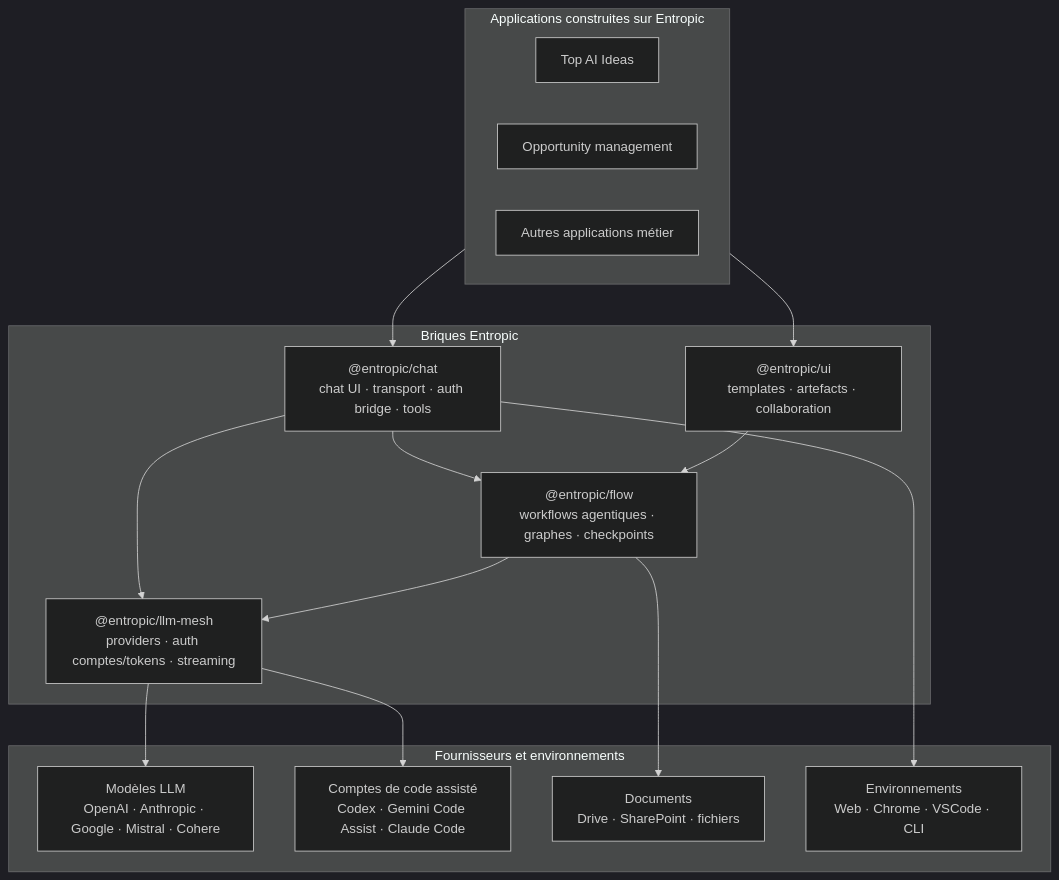
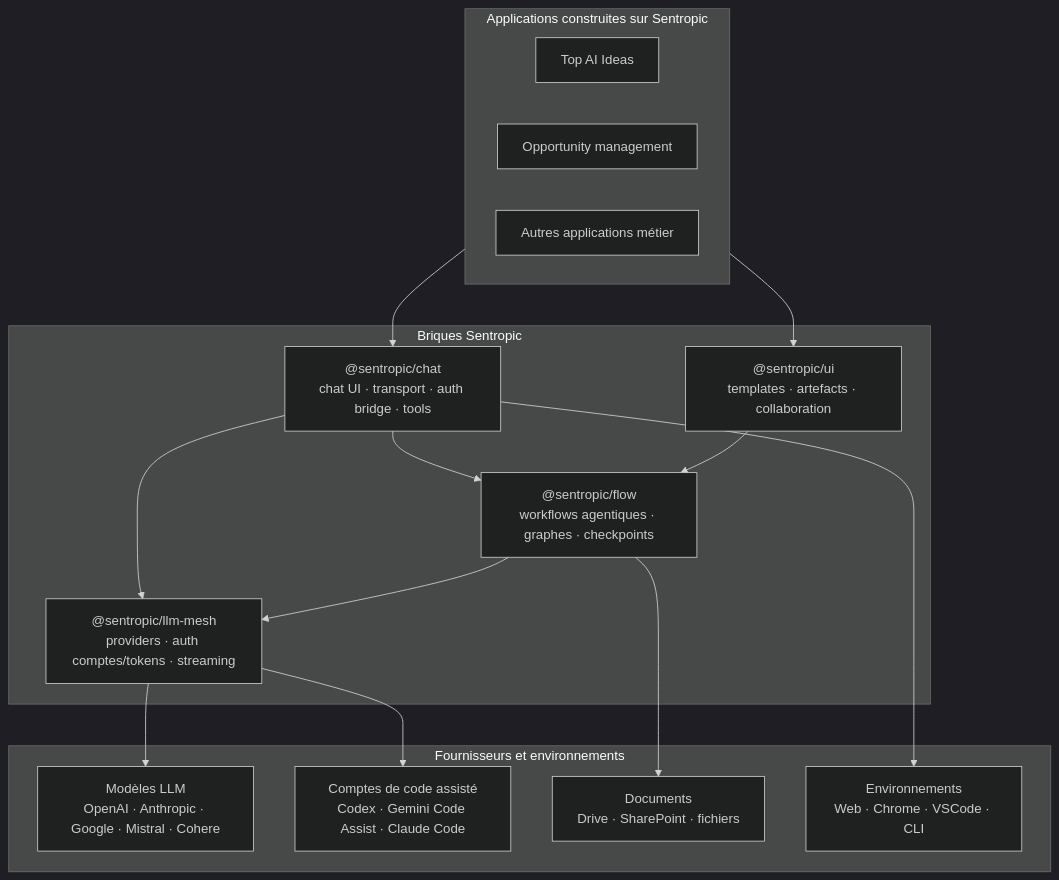
Before and after one commit to rhanka/sentropic: the second of 2 diagrams in README.fr.md, drawn with Mermaid (dark theme). The commit also changed other lines of this file and 622 other files, not shown here.

First line of the commit message:
Feature: BR-14c LLM Mesh SDK (#141)

````diff
--- a/README.fr.md
+++ b/README.fr.md
@@ -127,33 +127,33 @@
 ```mermaid
 flowchart TB
-    subgraph Apps["Applications construites sur Entropic"]
+    subgraph Apps["Applications construites sur Sentropic"]
         TopAI["Top AI Ideas"]
         Opportunity["Opportunity management"]
         Future["Autres applications métier"]
     end
 
-    subgraph Packages["Briques Entropic"]
-        EntropicMesh["@entropic/llm-mesh<br/>providers · auth comptes/tokens · streaming"]
-        EntropicChat["@entropic/chat<br/>chat UI · transport · auth bridge · tools"]
-        EntropicFlow["@entropic/flow<br/>workflows agentiques · graphes · checkpoints"]
-        EntropicUI["@entropic/ui<br/>templates · artefacts · collaboration"]
+    subgraph Packages["Briques Sentropic"]
+        SentropicMesh["@sentropic/llm-mesh<br/>providers · auth comptes/tokens · streaming"]
+        SentropicChat["@sentropic/chat<br/>chat UI · transport · auth bridge · tools"]
+        SentropicFlow["@sentropic/flow<br/>workflows agentiques · graphes · checkpoints"]
+        SentropicUI["@sentropic/ui<br/>templates · artefacts · collaboration"]
     end
 
     subgraph Providers["Fournisseurs et environnements"]
         Models["Modèles LLM<br/>OpenAI · Anthropic · Google · Mistral · Cohere"]
         CodeAssist["Comptes de code assisté<br/>Codex · Gemini Code Assist · Claude Code"]
         Docs["Documents<br/>Drive · SharePoint · fichiers"]
         DevTools["Environnements<br/>Web · Chrome · VSCode · CLI"]
     end
 
-    Apps --> EntropicChat
-    Apps --> EntropicUI
-    EntropicChat --> EntropicFlow
-    EntropicChat --> EntropicMesh
-    EntropicFlow --> EntropicMesh
-    EntropicUI --> EntropicFlow
-    EntropicMesh --> Models
-    EntropicMesh --> CodeAssist
-    EntropicFlow --> Docs
-    EntropicChat --> DevTools
+    Apps --> SentropicChat
+    Apps --> SentropicUI
+    SentropicChat --> SentropicFlow
+    SentropicChat --> SentropicMesh
+    SentropicFlow --> SentropicMesh
+    SentropicUI --> SentropicFlow
+    SentropicMesh --> Models
+    SentropicMesh --> CodeAssist
+    SentropicFlow --> Docs
+    SentropicChat --> DevTools
 ```
````
